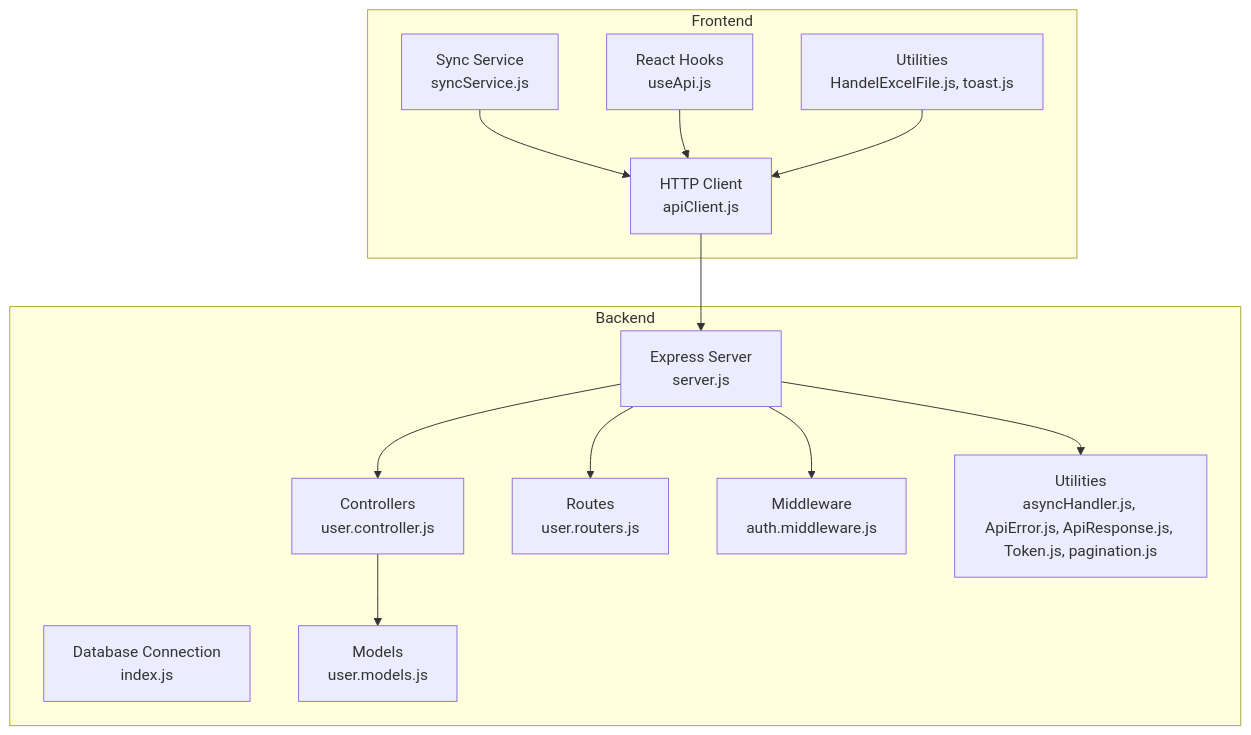
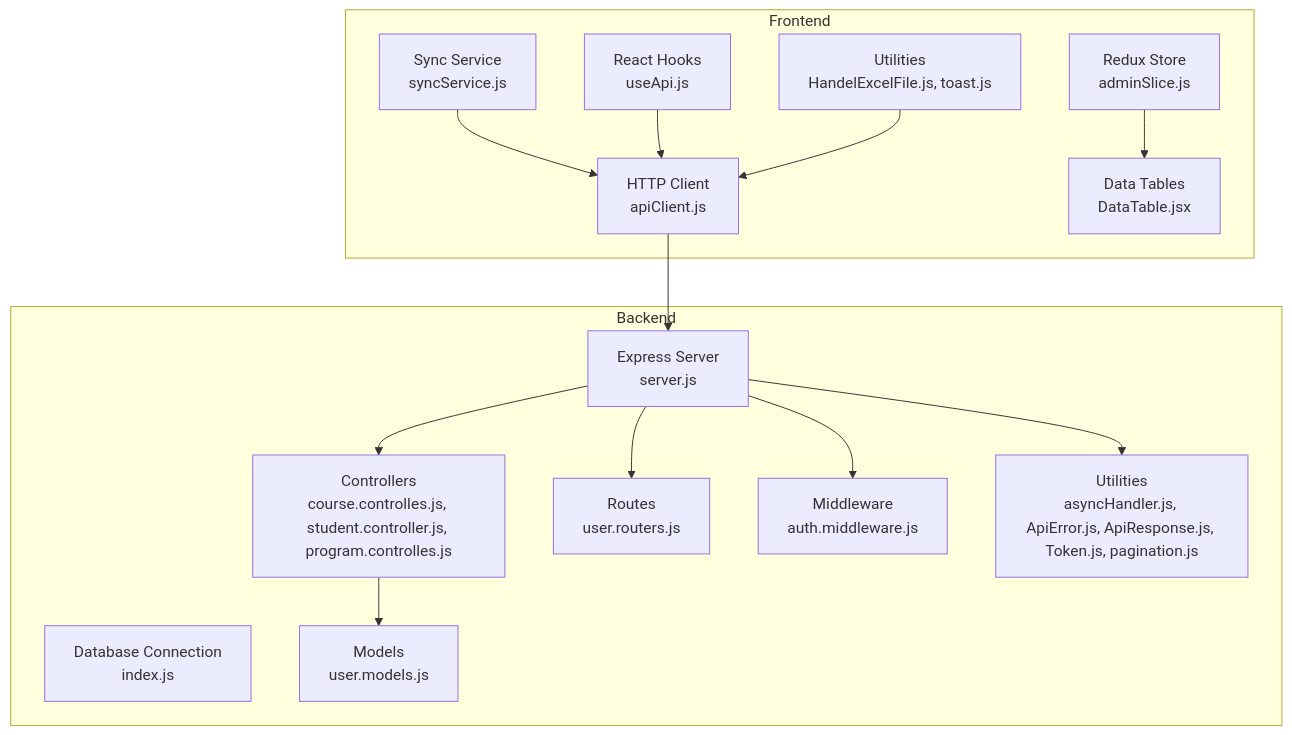
The first of 12 diagrams in .qoder/repowiki/en/content/Backend Architecture/New Services & Utilities.md (Aryan9060/Timetable-Project), drawn with Mermaid before and after one commit. The commit also changed other lines of this file and 2 other files, not shown here.

````diff
--- a/.qoder/repowiki/en/content/Backend Architecture/New Services & Utilities.md
+++ b/.qoder/repowiki/en/content/Backend Architecture/New Services & Utilities.md
@@ -45,27 +71,30 @@
 ```mermaid
 graph TB
 subgraph "Backend"
 A["Express Server<br/>server.js"]
 B["Database Connection<br/>index.js"]
-C["Controllers<br/>user.controller.js"]
+C["Controllers<br/>course.controlles.js, student.controller.js, program.controlles.js"]
 D["Models<br/>user.models.js"]
 E["Routes<br/>user.routers.js"]
 F["Middleware<br/>auth.middleware.js"]
 G["Utilities<br/>asyncHandler.js, ApiError.js, ApiResponse.js, Token.js, pagination.js"]
 end
 subgraph "Frontend"
 H["HTTP Client<br/>apiClient.js"]
 I["Sync Service<br/>syncService.js"]
 J["React Hooks<br/>useApi.js"]
 K["Utilities<br/>HandelExcelFile.js, toast.js"]
+L["Redux Store<br/>adminSlice.js"]
+M["Data Tables<br/>DataTable.jsx"]
 end
 A --> C
 C --> D
 A --> E
 A --> F
 A --> G
 H --> A
 I --> H
 J --> H
 K --> H
+L --> M
 ```
````
